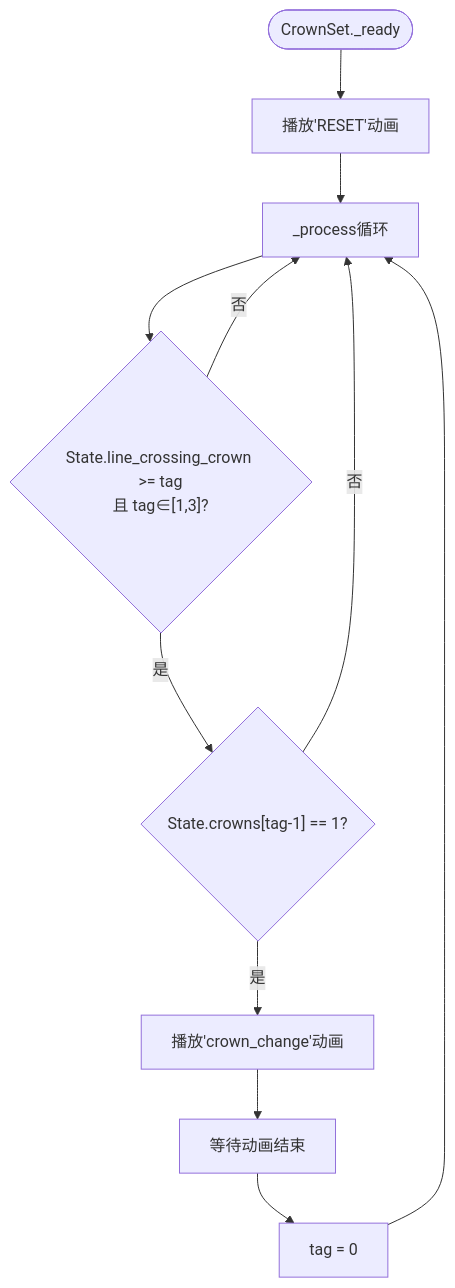
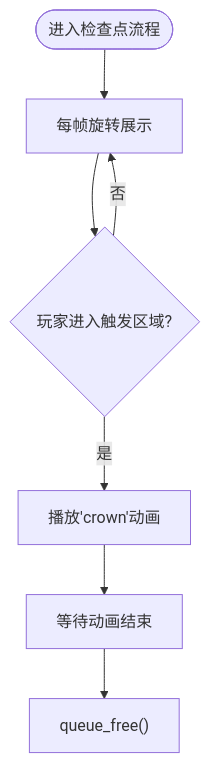
One commit to godotline/godot-line changed the third of 4 diagrams in .qoder/repowiki/zh/content/游戏系统/触发器系统/Crown触发器.md. Above: the diagram before and after it, drawn with Mermaid. The commit also changed other lines of this file and 55 other files, not shown here.

````diff
--- a/.qoder/repowiki/zh/content/游戏系统/触发器系统/Crown触发器.md
+++ b/.qoder/repowiki/zh/content/游戏系统/触发器系统/Crown触发器.md
@@ -234,13 +176,9 @@
 ```mermaid
 flowchart TD
-Ready(["CrownSet._ready"]) --> PlayReset["播放'RESET'动画"]
-PlayReset --> Loop["_process循环"]
-Loop --> CheckTag{"State.line_crossing_crown >= tag<br/>且 tag∈[1,3]?"}
-CheckTag --> |否| Loop
-CheckTag --> |是| CheckCol{"State.crowns[tag-1] == 1?"}
-CheckCol --> |否| Loop
-CheckCol --> |是| PlayChange["播放'crown_change'动画"]
-PlayChange --> Wait["等待动画结束"]
-Wait --> ClearTag["tag = 0"]
-ClearTag --> Loop
+Start(["进入检查点流程"]) --> Rot["每帧旋转展示"]
+Rot --> Enter{"玩家进入触发区域?"}
+Enter --> |是| Play["播放'crown'动画"]
+Play --> Wait["等待动画结束"]
+Wait --> Free["queue_free()"]
+Enter --> |否| Rot
 ```
````
